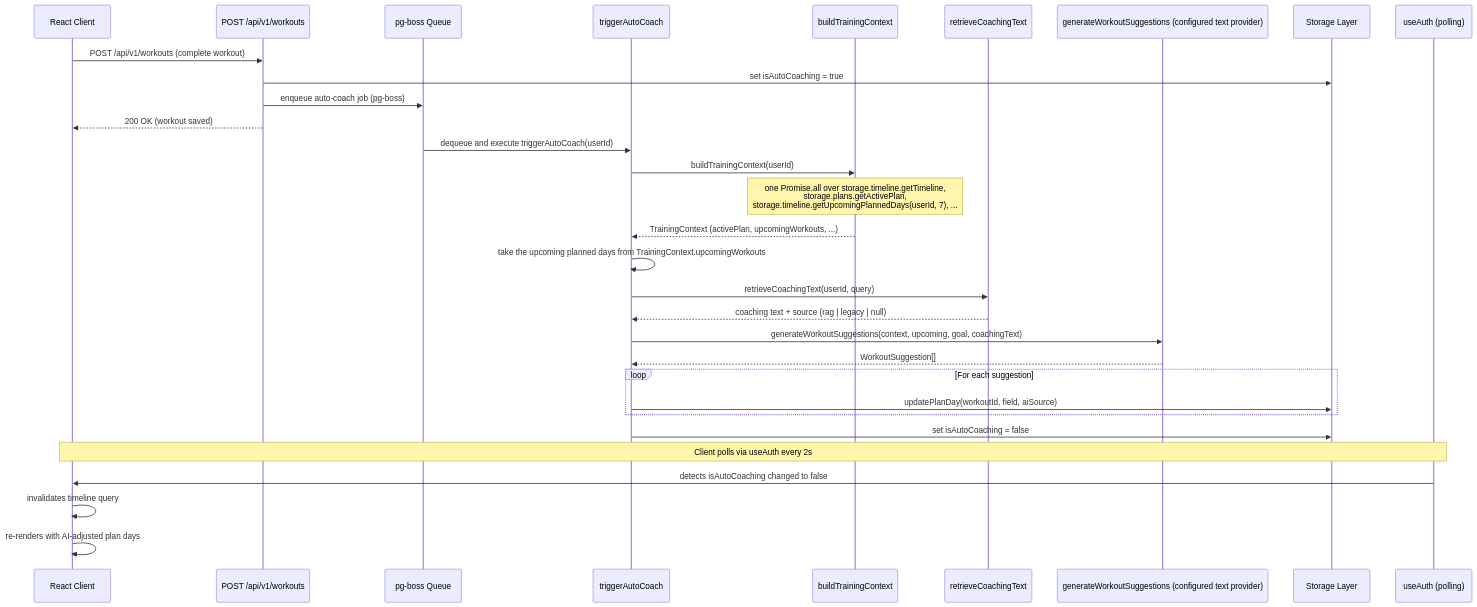
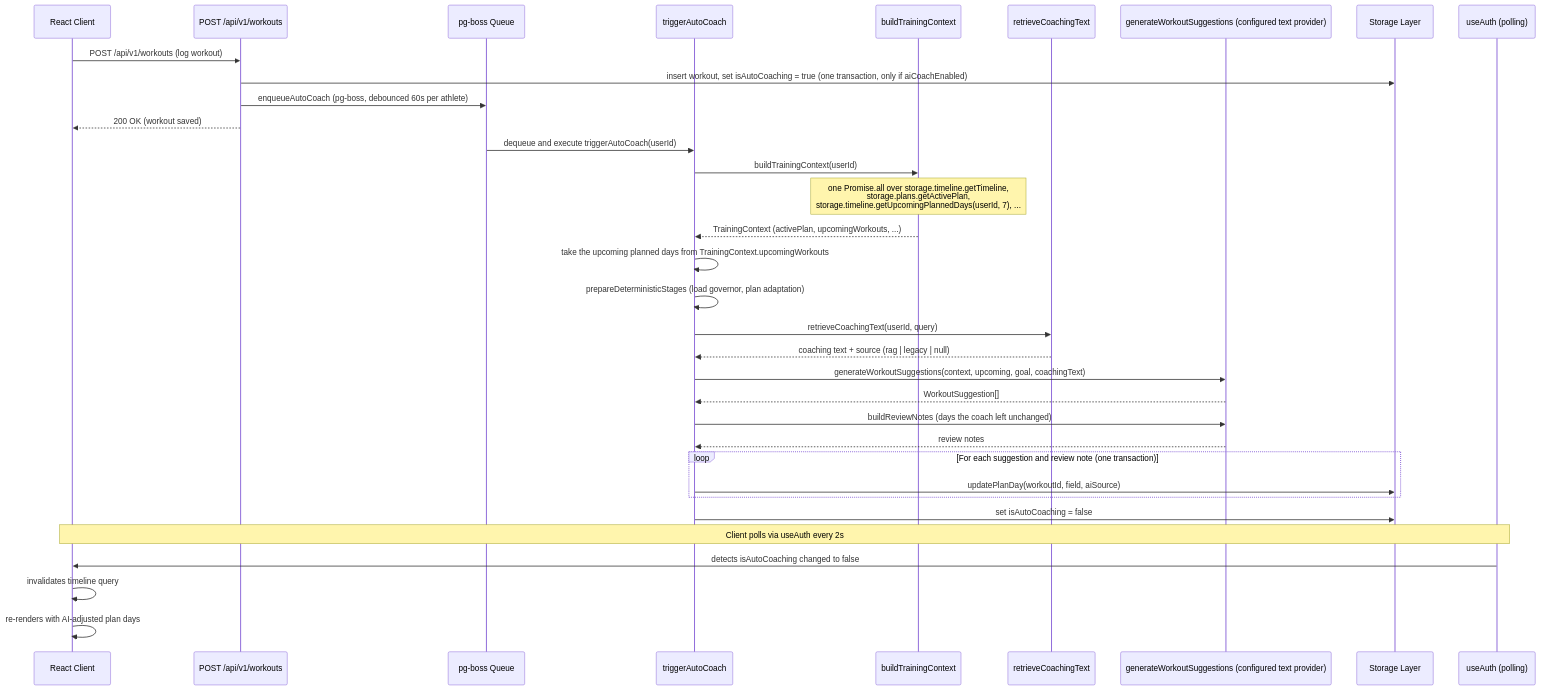
The third of 8 diagrams in docs/architecture.md (daler91/Hyrox-Companion), drawn with Mermaid before and after one commit. The commit also changed other lines of this file and 2 other files, not shown here.

````diff
--- a/docs/architecture.md
+++ b/docs/architecture.md
@@ -118,42 +120,46 @@
 ```mermaid
 sequenceDiagram
     participant Client as React Client
     participant API as POST /api/v1/workouts
     participant Queue as pg-boss Queue
     participant Coach as triggerAutoCoach
     participant AI as buildTrainingContext
     participant RAG as retrieveCoachingText
     participant TextAI as generateWorkoutSuggestions (configured text provider)
     participant Storage as Storage Layer
     participant Poll as useAuth (polling)
 
-    Client->>API: POST /api/v1/workouts (complete workout)
-    API->>Storage: set isAutoCoaching = true
-    API->>Queue: enqueue auto-coach job (pg-boss)
+    Client->>API: POST /api/v1/workouts (log workout)
+    API->>Storage: insert workout, set isAutoCoaching = true (one transaction, only if aiCoachEnabled)
+    API->>Queue: enqueueAutoCoach (pg-boss, debounced 60s per athlete)
     API-->>Client: 200 OK (workout saved)
 
     Queue->>Coach: dequeue and execute triggerAutoCoach(userId)
 
     Coach->>AI: buildTrainingContext(userId)
     Note over AI: one Promise.all over storage.timeline.getTimeline,<br/>storage.plans.getActivePlan,<br/>storage.timeline.getUpcomingPlannedDays(userId, 7), ...
     AI-->>Coach: TrainingContext (activePlan, upcomingWorkouts, ...)
 
     Coach->>Coach: take the upcoming planned days from TrainingContext.upcomingWorkouts
+    Coach->>Coach: prepareDeterministicStages (load governor, plan adaptation)
 
     Coach->>RAG: retrieveCoachingText(userId, query)
     RAG-->>Coach: coaching text + source (rag | legacy | null)
 
     Coach->>TextAI: generateWorkoutSuggestions(context, upcoming, goal, coachingText)
     TextAI-->>Coach: WorkoutSuggestion[]
 
-    loop For each suggestion
+    Coach->>TextAI: buildReviewNotes (days the coach left unchanged)
+    TextAI-->>Coach: review notes
+
+    loop For each suggestion and review note (one transaction)
         Coach->>Storage: updatePlanDay(workoutId, field, aiSource)
     end
 
     Coach->>Storage: set isAutoCoaching = false
 
     Note over Client,Poll: Client polls via useAuth every 2s
     Poll->>Client: detects isAutoCoaching changed to false
     Client->>Client: invalidates timeline query
     Client->>Client: re-renders with AI-adjusted plan days
 ```
````
